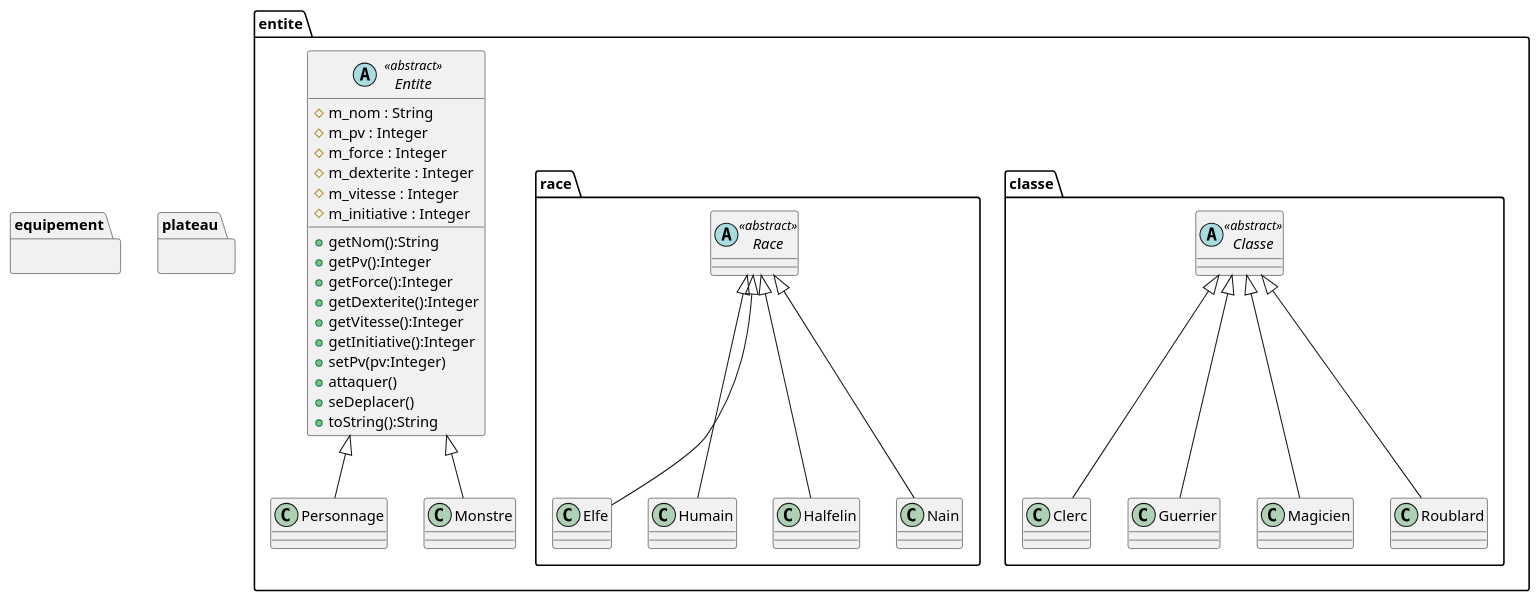
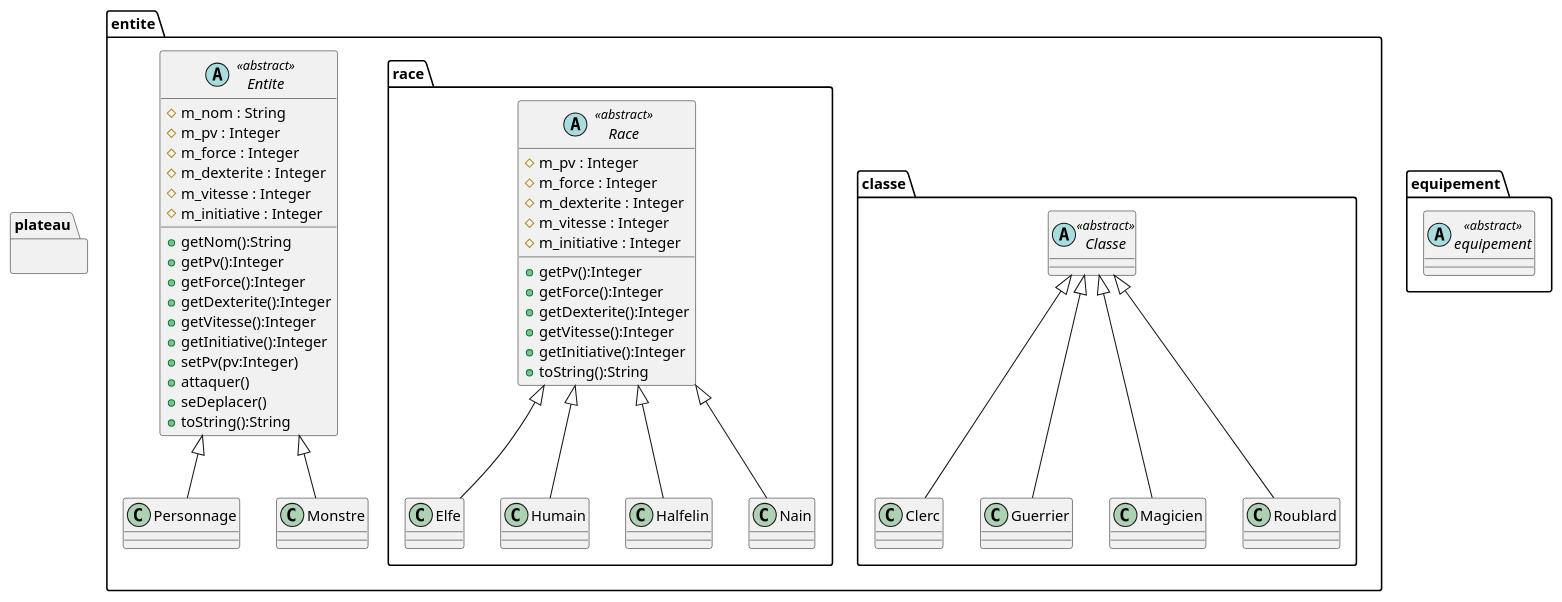
The diagram in uml/semaine1.puml (Jean-GIESE/Donjon-et-dragon), drawn with PlantUML before and after one commit.

Commit message:
UML : Mise à jour de la classe abstraite Race, ajout d'attributs et de méthodes

```diff
--- a/uml/semaine1.puml
+++ b/uml/semaine1.puml
@@ -1,72 +1,94 @@
 @startuml
 'https://plantuml.com/class-diagram
 
 package "entite"
 {
 /'Définitions des classes'/
 abstract Entite<<abstract>>
 {
 #m_nom : String
 #m_pv : Integer
 #m_force : Integer
 #m_dexterite : Integer
 #m_vitesse : Integer
 #m_initiative : Integer
 
 +getNom():String
 +getPv():Integer
 +getForce():Integer
 +getDexterite():Integer
 +getVitesse():Integer
 +getInitiative():Integer
 +setPv(pv:Integer)
 +attaquer()
 +seDeplacer()
 +toString():String
 
 }
 class Personnage
 class Monstre
 package "classe"
 {
 abstract Classe<<abstract>>
 class Clerc
 class Guerrier
 class Magicien
 class Roublard
 }
 
 package "race"
 {
+/'Définitions des classes'/
 abstract Race<<abstract>>
+{
+#m_pv : Integer
+#m_force : Integer
+#m_dexterite : Integer
+#m_vitesse : Integer
+#m_initiative : Integer
++getPv():Integer
++getForce():Integer
++getDexterite():Integer
++getVitesse():Integer
++getInitiative():Integer
++toString():String
+}
 class Elfe
 class Humain
 class Halfelin
 class Nain
 }
 
 /'Définitions des relations'/
 Personnage -up-|> Entite
 Monstre -up-|> Entite
 
 Clerc -up-|> Classe
 Guerrier -up-|> Classe
 Magicien -up-|> Classe
 Roublard -up-|> Classe
 
 Elfe -up-|> Race
 Humain -up-|> Race
 Halfelin -up-|> Race
 Nain -up-|> Race
 
 }
 package "equipement"
 {
+/'Définitions des classes'/
+abstract equipement<<abstract>>
+{
+
+}
+/'Définitions des relations'/
 
 }
 package "plateau"
 {
+/'Définitions des classes'/
 
+/'Définitions des relations'/
 }
 
 @enduml
```
